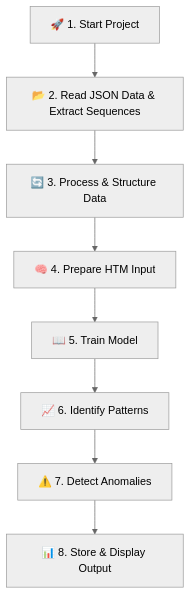
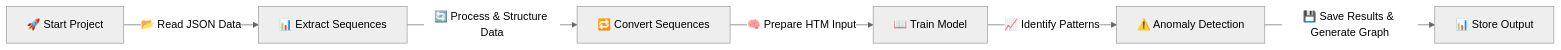
One commit to mahbubur-r/neocortexapi changed the diagram in source/MySEProject/README.md. Above: the diagram before and after it, drawn with Mermaid (neutral theme). The commit also changed other lines of this file, not shown here.

Commit message:
updated readme with project workflows

````diff
--- a/source/MySEProject/README.md
+++ b/source/MySEProject/README.md
@@ -58,10 +58,8 @@
 ```mermaid
-graph TD;
-    A["🚀 1. Start Project"] --> B["📂 2. Read JSON Data & Extract Sequences"];
-    B --> C["🔄 3. Process & Structure Data"];
-    C --> D["🧠 4. Prepare HTM Input"];
-    D --> E["📖 5. Train Model"];
-    E --> F["📈 6. Identify Patterns"];
-    F --> G["⚠️ 7. Detect Anomalies"];
-    G --> H["📊 8. Store & Display Output"];
+graph LR;
+    Start["🚀 Start Project"] --> |📂 Read JSON Data| ExtractSequences["📊 Extract Sequences"];
+    ExtractSequences --> |🔄 Process & Structure Data| ConvertSequences["🔁 Convert Sequences"];
+    ConvertSequences --> |🧠 Prepare HTM Input| TrainModel["📖 Train Model"];
+    TrainModel --> |📈 Identify Patterns| AnomalyDetection["⚠️ Anomaly Detection"];
+    AnomalyDetection --> |💾 Save Results & Generate Graph| StoreOutput["📊 Store Output"];
 ```
````
